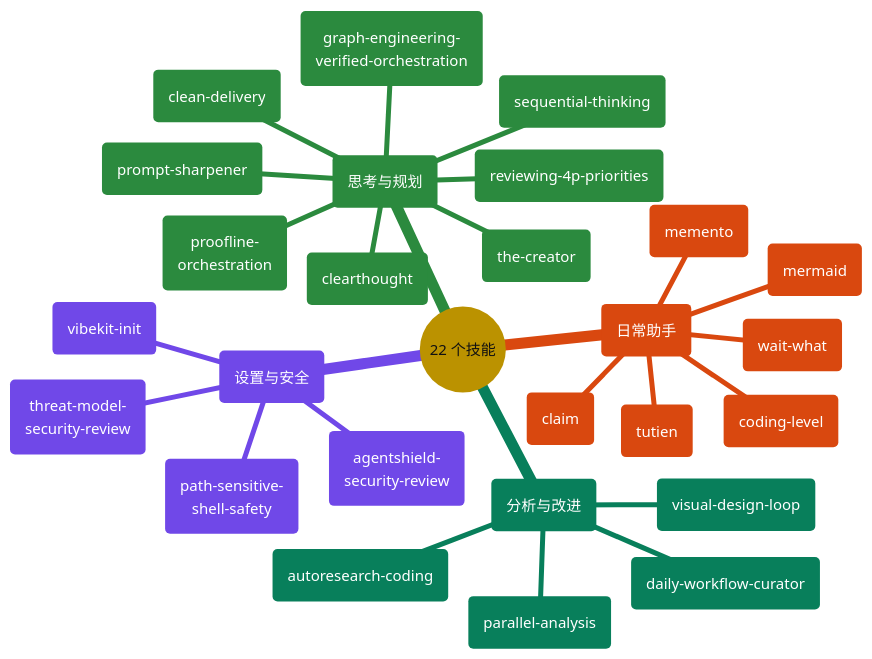
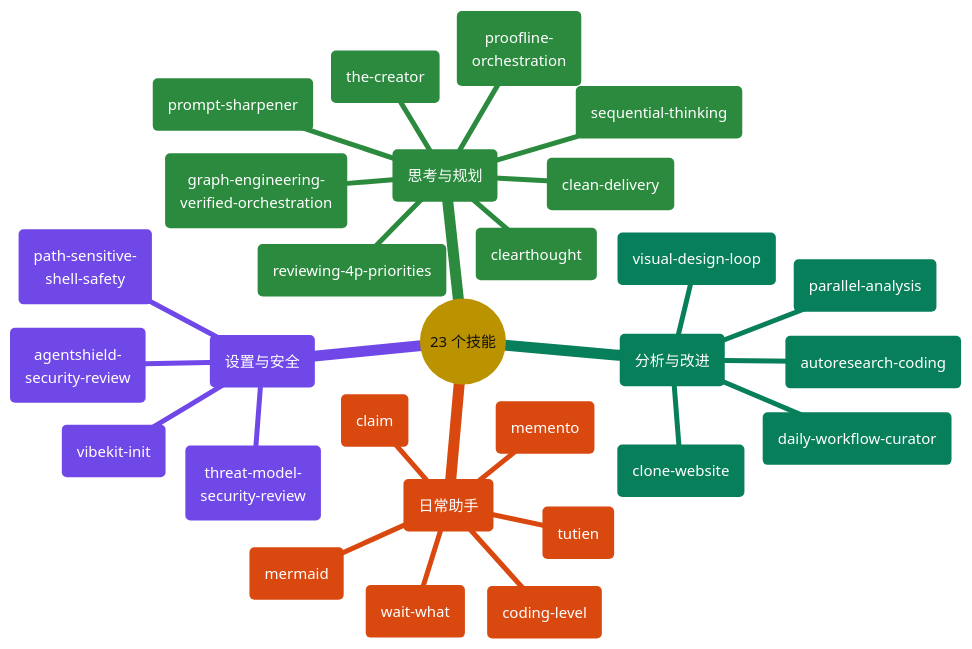
Before and after one commit to giang6283623/minimal-vibe-coding-kit: the fifth of 10 diagrams in docs/README.zh-CN.md, drawn with Mermaid. The commit also changed other lines of this file and 90 other files, not shown here.

Commit message:
add skill clone-website and release v0.5.11

````diff
--- a/docs/README.zh-CN.md
+++ b/docs/README.zh-CN.md
@@ -358,63 +360,64 @@
 ```mermaid
 ---
 config:
   theme: base
   themeCSS: >-
     .mindmap-node:not(.section-root):not(.section--1) text,
     .mindmap-node:not(.section-root):not(.section--1) tspan
     { fill: #FFFFFF !important; }
     .mindmap-node:not(.section-root):not(.section--1) div,
     .mindmap-node:not(.section-root):not(.section--1) span,
     .mindmap-node:not(.section-root):not(.section--1) p
     { color: #FFFFFF !important; }
   themeVariables:
     darkMode: false
     fontFamily: cascadia mono, consolas, noto sans mono, menlo, monospace
     fontSize: 15px
     lineColor: "#888888"
     textColor: "#111111"
     primaryColor: "#FFD43B"
     primaryTextColor: "#111111"
     primaryBorderColor: "#444444"
     cScale0: "#1971C2"
     cScale1: "#7048E8"
     cScale2: "#2B8A3E"
     cScale3: "#087F5B"
     cScale4: "#D9480F"
     cScale5: "#C2255C"
     cScaleLabel0: "#FFFFFF"
     cScaleLabel1: "#FFFFFF"
     cScaleLabel2: "#FFFFFF"
     cScaleLabel3: "#FFFFFF"
     cScaleLabel4: "#FFFFFF"
     cScaleLabel5: "#FFFFFF"
 ---
 mindmap
-  root(("22 个技能"))
+  root(("23 个技能"))
     setup("设置与安全")
       s1("vibekit-init")
       s2("agentshield-<br/>security-review")
       s3("path-sensitive-<br/>shell-safety")
       s4("threat-model-<br/>security-review")
     think("思考与规划")
       t1("clearthought")
       t2("sequential-thinking")
       t3("prompt-sharpener")
       t4("reviewing-4p-priorities")
       t5("graph-engineering-<br/>verified-orchestration")
       t6("the-creator")
       t7("proofline-<br/>orchestration")
       t8("clean-delivery")
     analyze("分析与改进")
       a1("parallel-analysis")
       a2("autoresearch-coding")
       a3("daily-workflow-curator")
       a4("visual-design-loop")
+      a5("clone-website")
     helpers("日常助手")
       h1("memento")
       h2("coding-level")
       h3("mermaid")
       h4("claim")
       h5("tutien")
       h6("wait-what")
 ```
````
